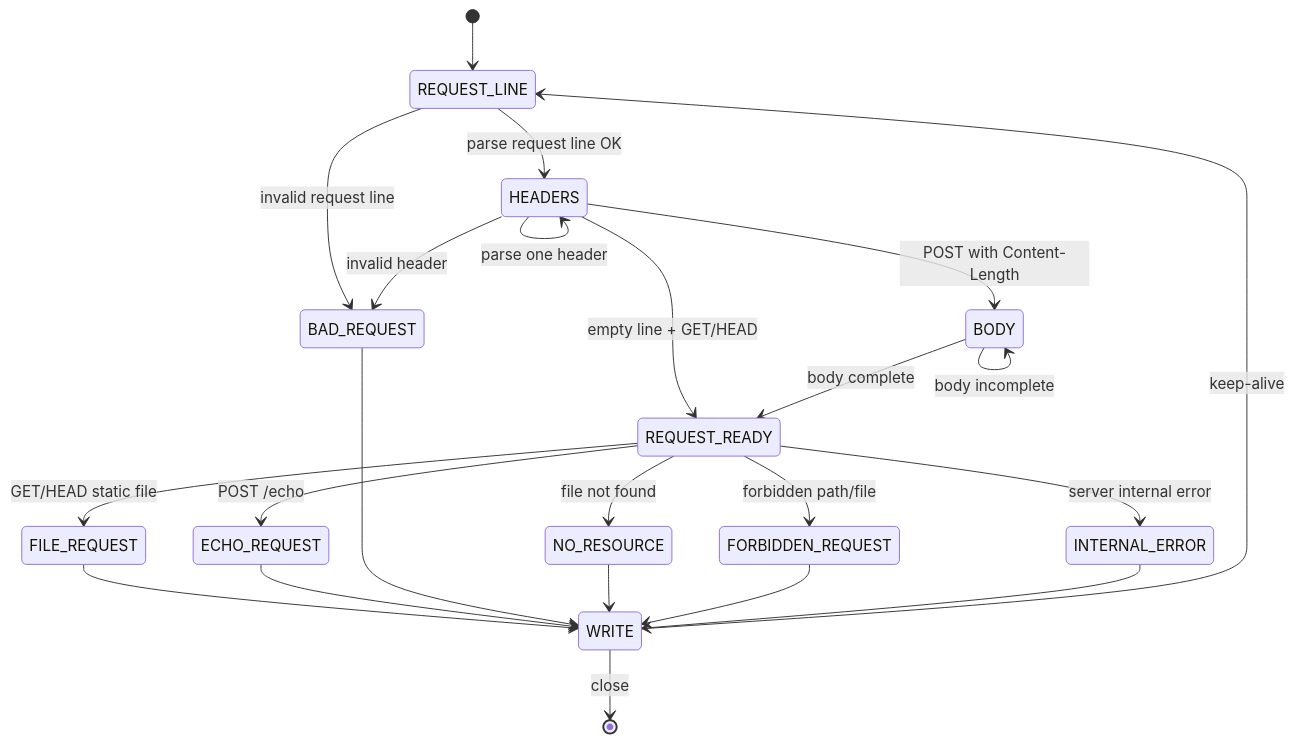
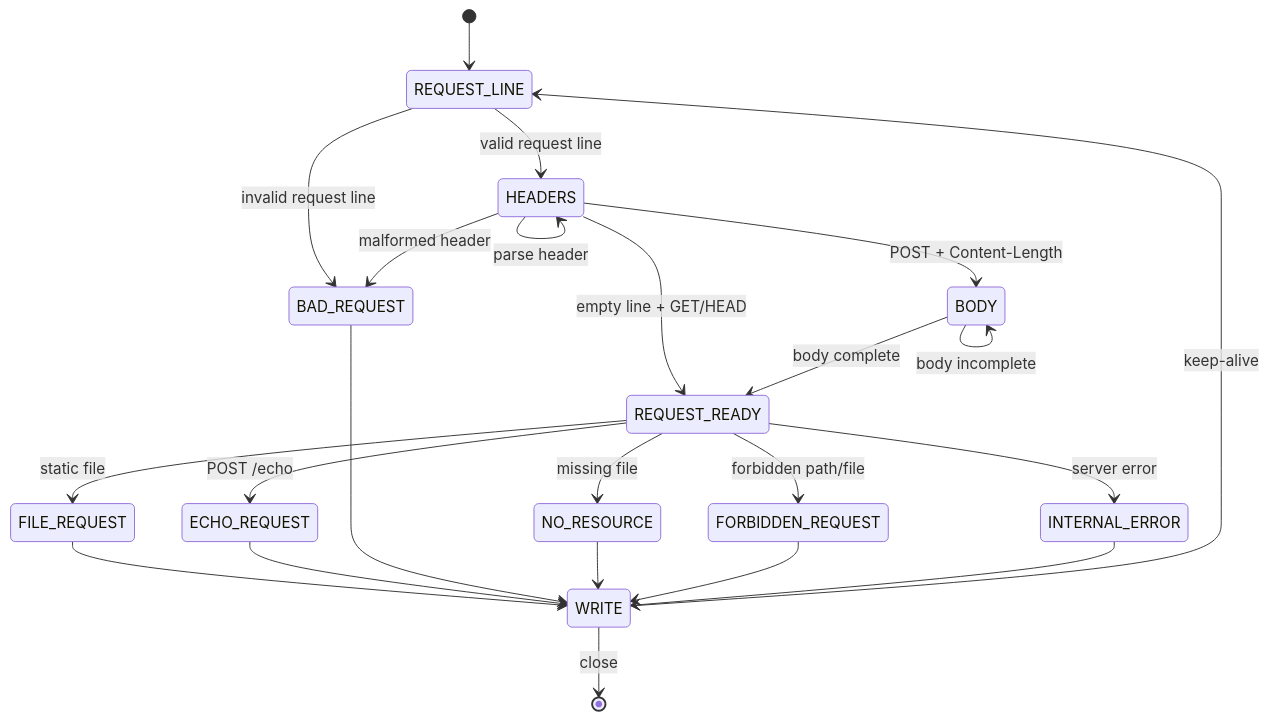
One commit to kangbaoH/VWebServer changed the third of 4 diagrams in README.md. Above: the diagram before and after it, drawn with Mermaid. The commit also changed other lines of this file and 2 other files, not shown here.

Commit message:
chore: Add more content to README.md.

````diff
--- a/README.md
+++ b/README.md
@@ -215,31 +98,31 @@
 ```mermaid
 stateDiagram-v2
     [*] --> REQUEST_LINE
 
-    REQUEST_LINE --> HEADERS: parse request line OK
+    REQUEST_LINE --> HEADERS: valid request line
     REQUEST_LINE --> BAD_REQUEST: invalid request line
 
-    HEADERS --> HEADERS: parse one header
-    HEADERS --> BODY: POST with Content-Length
+    HEADERS --> HEADERS: parse header
+    HEADERS --> BODY: POST + Content-Length
     HEADERS --> REQUEST_READY: empty line + GET/HEAD
-    HEADERS --> BAD_REQUEST: invalid header
+    HEADERS --> BAD_REQUEST: malformed header
 
     BODY --> BODY: body incomplete
     BODY --> REQUEST_READY: body complete
 
-    REQUEST_READY --> FILE_REQUEST: GET/HEAD static file
+    REQUEST_READY --> FILE_REQUEST: static file
     REQUEST_READY --> ECHO_REQUEST: POST /echo
-    REQUEST_READY --> NO_RESOURCE: file not found
+    REQUEST_READY --> NO_RESOURCE: missing file
     REQUEST_READY --> FORBIDDEN_REQUEST: forbidden path/file
-    REQUEST_READY --> INTERNAL_ERROR: server internal error
+    REQUEST_READY --> INTERNAL_ERROR: server error
 
     FILE_REQUEST --> WRITE
     ECHO_REQUEST --> WRITE
     BAD_REQUEST --> WRITE
     NO_RESOURCE --> WRITE
     FORBIDDEN_REQUEST --> WRITE
     INTERNAL_ERROR --> WRITE
 
     WRITE --> REQUEST_LINE: keep-alive
     WRITE --> [*]: close
 ```
````
